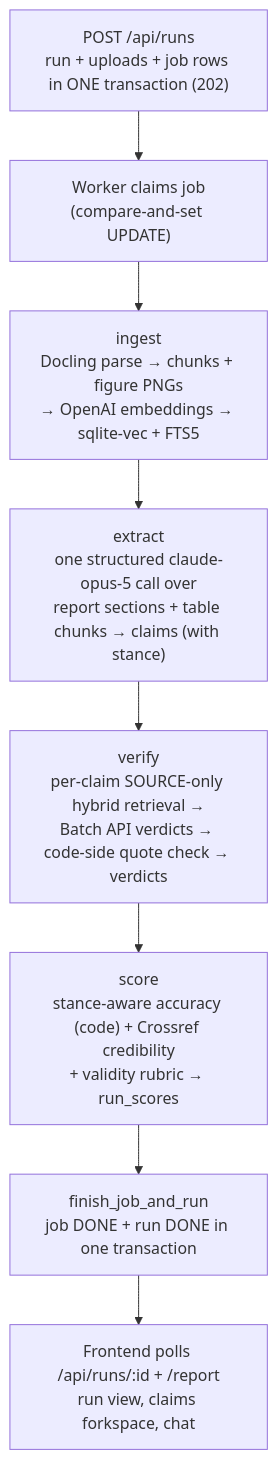
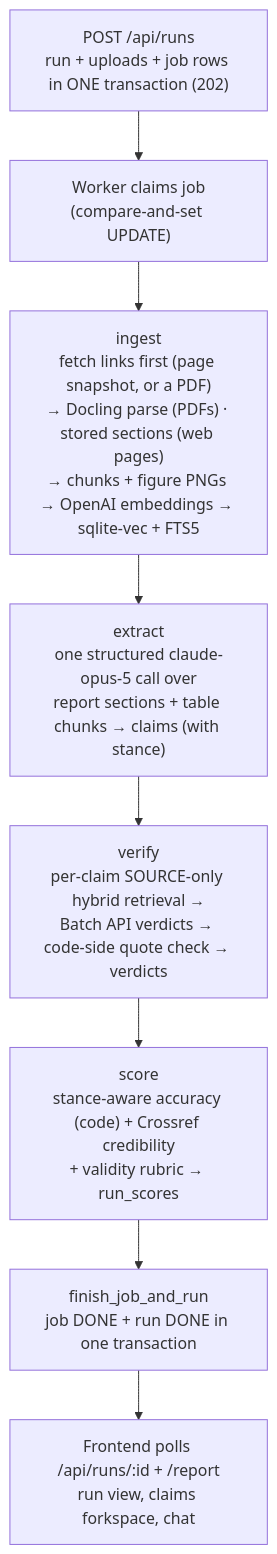
Before and after one commit to vfeliu04/author-accuracy-ai: the diagram in docs/architecture.md, drawn with Mermaid. The commit also changed other lines of this file and 6 other files, not shown here.

````diff
--- a/docs/architecture.md
+++ b/docs/architecture.md
@@ -16,10 +16,10 @@
 ```mermaid
 flowchart TD
     A["POST /api/runs<br/>run + uploads + job rows in ONE transaction (202)"] --> B["Worker claims job<br/>(compare-and-set UPDATE)"]
-    B --> C["ingest<br/>Docling parse → chunks + figure PNGs<br/>→ OpenAI embeddings → sqlite-vec + FTS5"]
+    B --> C["ingest<br/>fetch links first (page snapshot, or a PDF)<br/>→ Docling parse (PDFs) · stored sections (web pages)<br/>→ chunks + figure PNGs → OpenAI embeddings → sqlite-vec + FTS5"]
     C --> D["extract<br/>one structured claude-opus-5 call over<br/>report sections + table chunks → claims (with stance)"]
     D --> E["verify<br/>per-claim SOURCE-only hybrid retrieval →<br/>Batch API verdicts → code-side quote check → verdicts"]
     E --> F["score<br/>stance-aware accuracy (code) + Crossref credibility<br/>+ validity rubric → run_scores"]
     F --> G["finish_job_and_run<br/>job DONE + run DONE in one transaction"]
     G --> H["Frontend polls /api/runs/:id + /report<br/>run view, claims forkspace, chat"]
 ```
````
